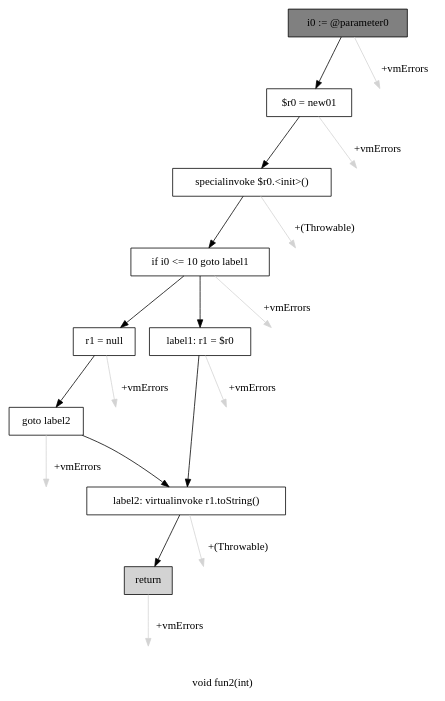
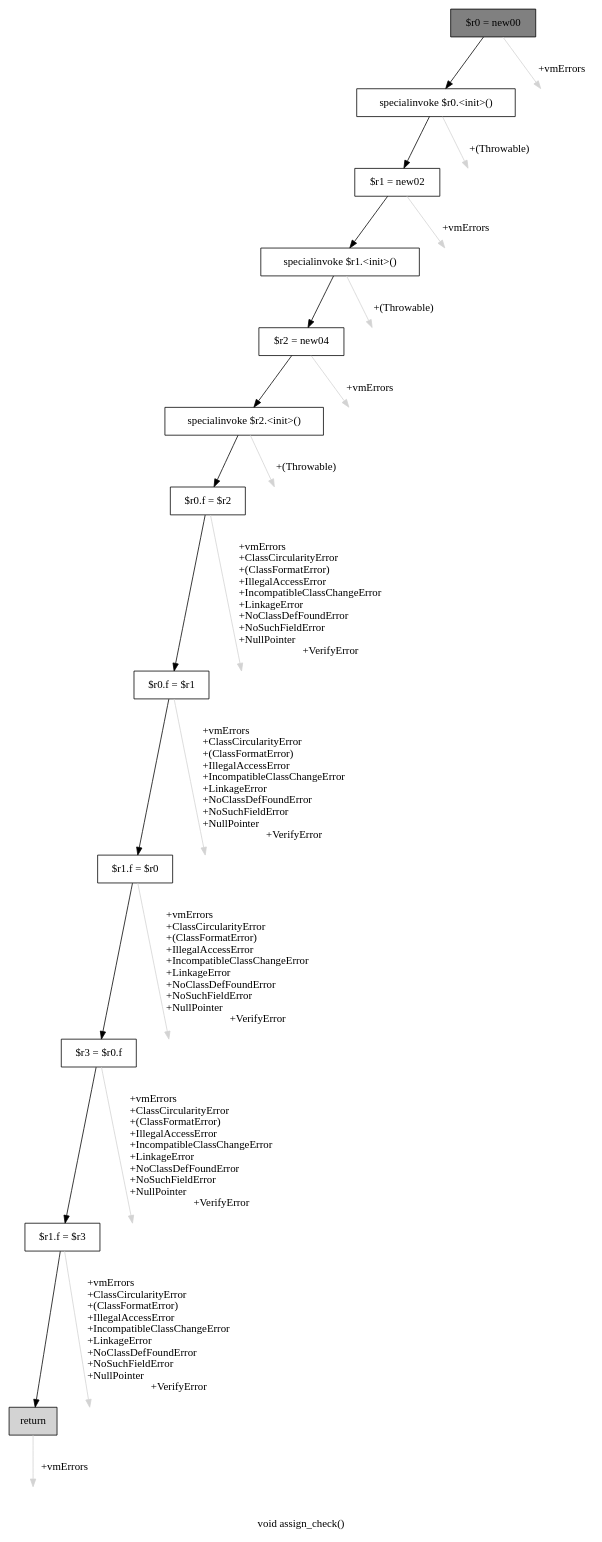
The diagram in cfg.dot (khushit-shah/PointsToAnalysisJava), drawn with Graphviz before and after one commit. The commit also changed 4 other files, not shown here.

```diff
--- a/cfg.dot
+++ b/cfg.dot
@@ -1,40 +1,51 @@
-digraph "void fun2(int)" {
-    label="void fun2(int)";
+digraph "void assign_check()" {
+    label="void assign_check()";
     node [shape=box];
-    "0" [style=filled,fillcolor=gray,label="i0 := @parameter0",];
-    "1" [label="$r0 = new01",];
+    "0" [style=filled,fillcolor=gray,label="$r0 = new00",];
+    "1" [label="specialinvoke $r0.<init>()",];
     "0"->"1" [color=black,];
-    "9" [style=invis,label="Esc",];
-    "0"->"9" [color=lightgray,label="\l+vmErrors",];
-    "2" [label="specialinvoke $r0.<init>()",];
+    "12" [style=invis,label="Esc",];
+    "0"->"12" [color=lightgray,label="\l+vmErrors",];
+    "2" [label="$r1 = new02",];
     "1"->"2" [color=black,];
-    "10" [style=invis,label="Esc",];
-    "1"->"10" [color=lightgray,label="\l+vmErrors",];
-    "3" [label="if i0 <= 10 goto label1",];
+    "13" [style=invis,label="Esc",];
+    "1"->"13" [color=lightgray,label="\l+(Throwable)",];
+    "3" [label="specialinvoke $r1.<init>()",];
     "2"->"3" [color=black,];
-    "11" [style=invis,label="Esc",];
-    "2"->"11" [color=lightgray,label="\l+(Throwable)",];
-    "4" [label="r1 = null",];
+    "14" [style=invis,label="Esc",];
+    "2"->"14" [color=lightgray,label="\l+vmErrors",];
+    "4" [label="$r2 = new04",];
     "3"->"4" [color=black,];
-    "6" [label="label1: r1 = $r0",];
-    "3"->"6" [color=black,];
-    "12" [style=invis,label="Esc",];
-    "3"->"12" [color=lightgray,label="\l+vmErrors",];
-    "5" [label="goto label2",];
+    "15" [style=invis,label="Esc",];
+    "3"->"15" [color=lightgray,label="\l+(Throwable)",];
+    "5" [label="specialinvoke $r2.<init>()",];
     "4"->"5" [color=black,];
-    "13" [style=invis,label="Esc",];
-    "4"->"13" [color=lightgray,label="\l+vmErrors",];
-    "7" [label="label2: virtualinvoke r1.toString()",];
-    "5"->"7" [color=black,];
-    "14" [style=invis,label="Esc",];
-    "5"->"14" [color=lightgray,label="\l+vmErrors",];
+    "16" [style=invis,label="Esc",];
+    "4"->"16" [color=lightgray,label="\l+vmErrors",];
+    "6" [label="$r0.f = $r2",];
+    "5"->"6" [color=black,];
+    "17" [style=invis,label="Esc",];
+    "5"->"17" [color=lightgray,label="\l+(Throwable)",];
+    "7" [label="$r0.f = $r1",];
     "6"->"7" [color=black,];
-    "15" [style=invis,label="Esc",];
-    "6"->"15" [color=lightgray,label="\l+vmErrors",];
-    "8" [style=filled,fillcolor=lightgray,label="return",];
+    "18" [style=invis,label="Esc",];
+    "6"->"18" [color=lightgray,label="\l+vmErrors\l+ClassCircularityError\l+(ClassFormatError)\l+IllegalAccessError\l+IncompatibleClassChangeError\l+LinkageError\l+NoClassDefFoundError\l+NoSuchFieldError\l+NullPointer\l+VerifyError",];
+    "8" [label="$r1.f = $r0",];
     "7"->"8" [color=black,];
-    "16" [style=invis,label="Esc",];
-    "7"->"16" [color=lightgray,label="\l+(Throwable)",];
-    "17" [style=invis,label="Esc",];
-    "8"->"17" [color=lightgray,label="\l+vmErrors",];
+    "19" [style=invis,label="Esc",];
+    "7"->"19" [color=lightgray,label="\l+vmErrors\l+ClassCircularityError\l+(ClassFormatError)\l+IllegalAccessError\l+IncompatibleClassChangeError\l+LinkageError\l+NoClassDefFoundError\l+NoSuchFieldError\l+NullPointer\l+VerifyError",];
+    "9" [label="$r3 = $r0.f",];
+    "8"->"9" [color=black,];
+    "20" [style=invis,label="Esc",];
+    "8"->"20" [color=lightgray,label="\l+vmErrors\l+ClassCircularityError\l+(ClassFormatError)\l+IllegalAccessError\l+IncompatibleClassChangeError\l+LinkageError\l+NoClassDefFoundError\l+NoSuchFieldError\l+NullPointer\l+VerifyError",];
+    "10" [label="$r1.f = $r3",];
+    "9"->"10" [color=black,];
+    "21" [style=invis,label="Esc",];
+    "9"->"21" [color=lightgray,label="\l+vmErrors\l+ClassCircularityError\l+(ClassFormatError)\l+IllegalAccessError\l+IncompatibleClassChangeError\l+LinkageError\l+NoClassDefFoundError\l+NoSuchFieldError\l+NullPointer\l+VerifyError",];
+    "11" [style=filled,fillcolor=lightgray,label="return",];
+    "10"->"11" [color=black,];
+    "22" [style=invis,label="Esc",];
+    "10"->"22" [color=lightgray,label="\l+vmErrors\l+ClassCircularityError\l+(ClassFormatError)\l+IllegalAccessError\l+IncompatibleClassChangeError\l+LinkageError\l+NoClassDefFoundError\l+NoSuchFieldError\l+NullPointer\l+VerifyError",];
+    "23" [style=invis,label="Esc",];
+    "11"->"23" [color=lightgray,label="\l+vmErrors",];
 }
```
